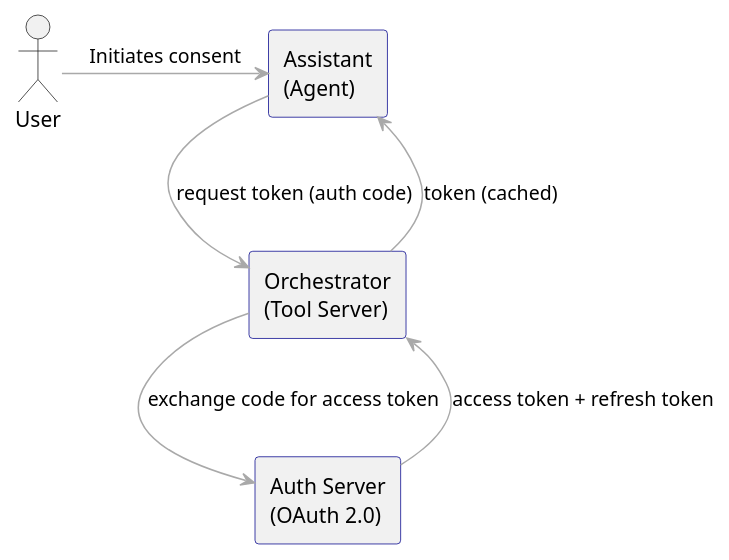
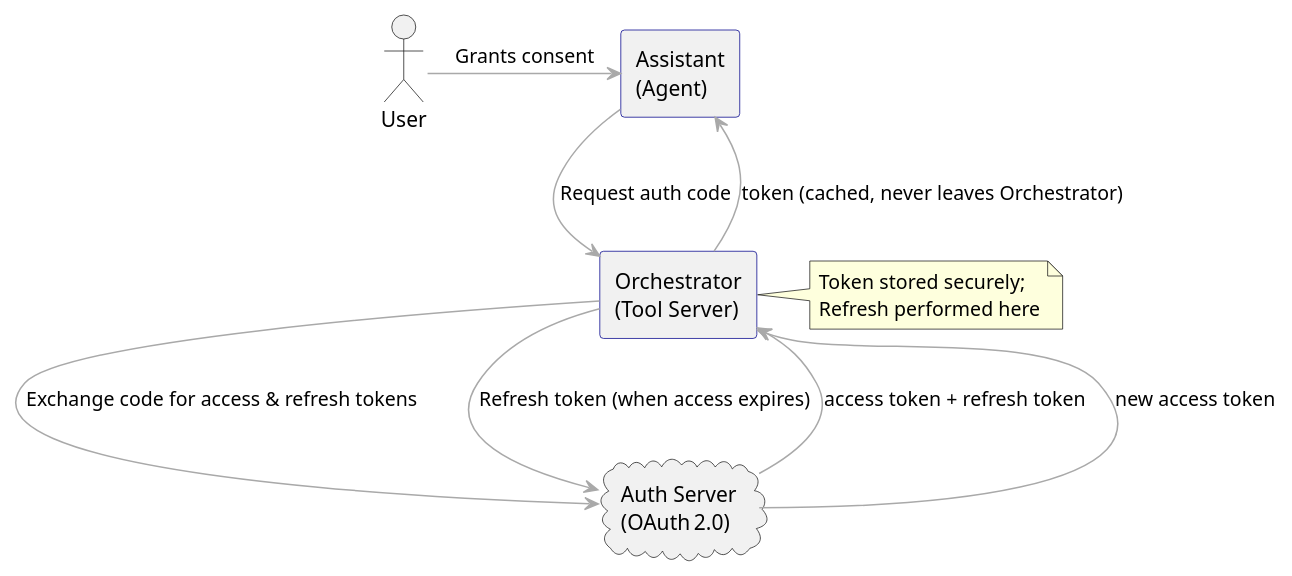
One commit to InquiryInstitute/AIPA changed the first of 2 diagrams in aipa/llm-elevated/ch10-lecture-04.adoc. Above: the diagram before and after it, drawn with PlantUML. The commit also changed other lines of this file and 128 other files, not shown here.

```diff
--- a/aipa/llm-elevated/ch10-lecture-04.adoc
+++ b/aipa/llm-elevated/ch10-lecture-04.adoc
@@ -158,19 +175,27 @@
 [plantuml,ch10-l04-oauth,png,theme=sketchy-outline]
 ....
 @startuml
 skinparam componentStyle rectangle
 skinparam ArrowColor DarkGray
 skinparam ComponentBorderColor DarkBlue
 
 actor User
 component "Assistant\n(Agent)" as Agent
 component "Orchestrator\n(Tool Server)" as Orchestrator
-component "Auth Server\n(OAuth 2.0)" as Auth
+cloud "Auth Server\n(OAuth 2.0)" as Auth
 
-User -> Agent : Initiates consent
-Agent -> Orchestrator : request token (auth code)
-Orchestrator -> Auth : exchange code for access token
+User -> Agent : Grants consent
+Agent -> Orchestrator : Request auth code
+Orchestrator -> Auth : Exchange code for access & refresh tokens
 Auth --> Orchestrator : access token + refresh token
-Orchestrator --> Agent : token (cached)
+Orchestrator --> Agent : token (cached, never leaves Orchestrator)
+
+note right of Orchestrator
+  Token stored securely;
+  Refresh performed here
+end note
+
+Orchestrator -> Auth : Refresh token (when access expires)
+Auth --> Orchestrator : new access token
 @enduml
 ....
```
